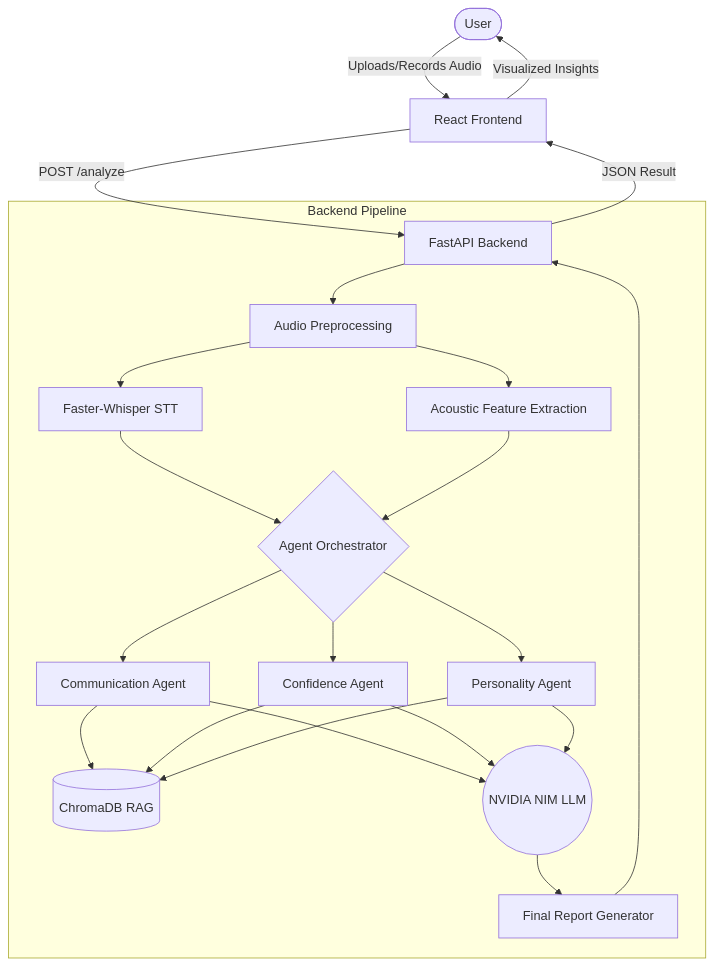
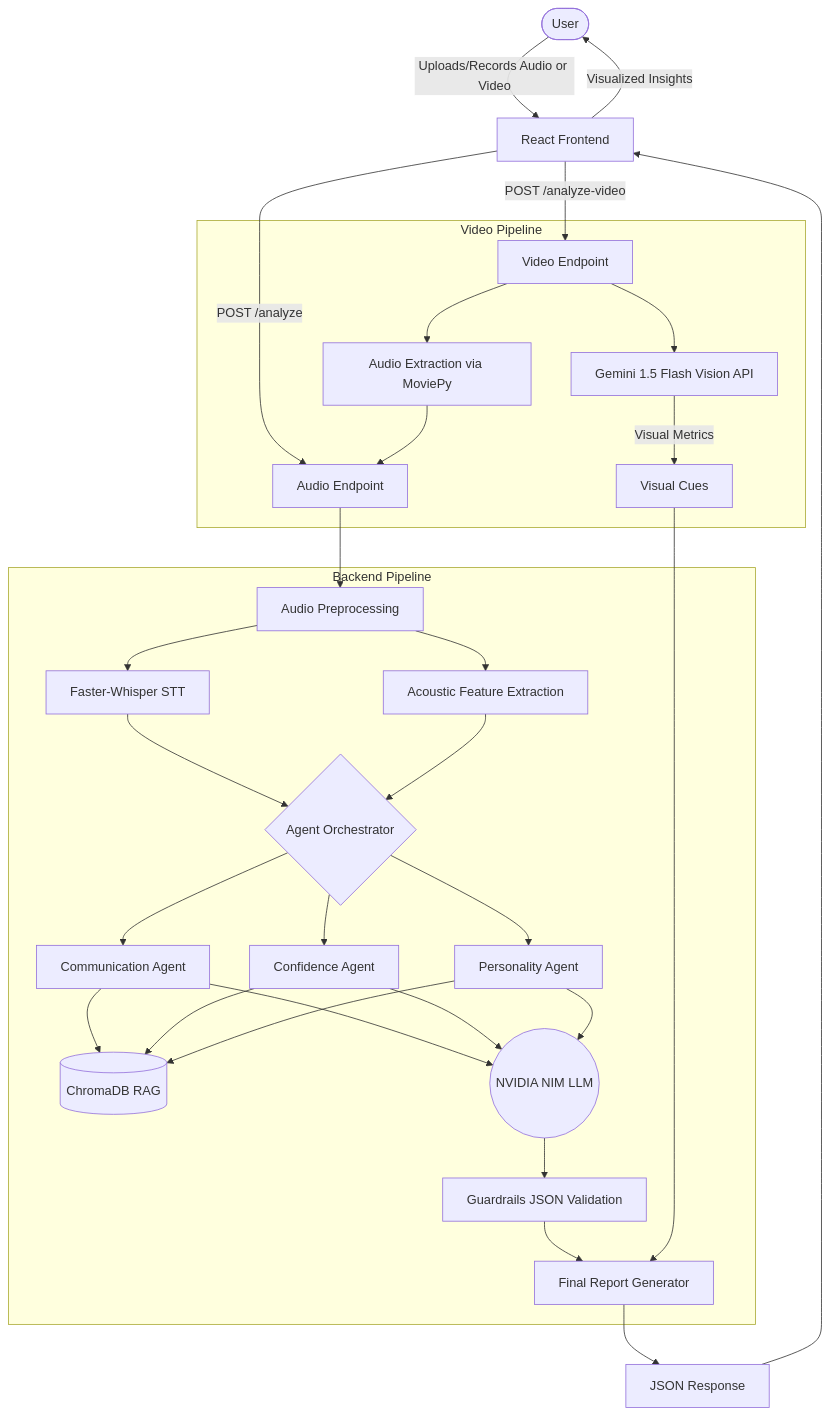
Before and after one commit to GSMPRANEETH/TEAM-5: the diagram in README.md, drawn with Mermaid. The commit also changed other lines of this file and 4 other files, not shown here.

````diff
--- a/README.md
+++ b/README.md
@@ -53,31 +59,41 @@
 ```mermaid
 graph TD
-    User([User]) -->|Uploads/Records Audio| Frontend
-    Frontend[React Frontend] -->|POST /analyze| API[FastAPI Backend]
+    User([User]) -->|Uploads/Records Audio or Video| Frontend
+    Frontend[React Frontend] -->|POST /analyze| API_Audio[Audio Endpoint]
+    Frontend -->|POST /analyze-video| API_Video[Video Endpoint]
+
+    subgraph Video Pipeline
+        API_Video --> Gemini[Gemini 1.5 Flash Vision API]
+        Gemini -->|Visual Metrics| VisualOut[Visual Cues]
+        API_Video --> Ext[Audio Extraction via MoviePy]
+        Ext --> API_Audio
+    end
 
     subgraph Backend Pipeline
-        API --> Preprocessor[Audio Preprocessing]
+        API_Audio --> Preprocessor[Audio Preprocessing]
         Preprocessor --> STT[Faster-Whisper STT]
         Preprocessor --> AudioFeat[Acoustic Feature Extraction]
         STT --> AgentOrch{Agent Orchestrator}
         AudioFeat --> AgentOrch
 
         AgentOrch --> CommAgent[Communication Agent]
         AgentOrch --> ConfAgent[Confidence Agent]
         AgentOrch --> PersAgent[Personality Agent]
 
         CommAgent --> RAG[(ChromaDB RAG)]
         ConfAgent --> RAG
         PersAgent --> RAG
 
         CommAgent --> NvidiaLLM((NVIDIA NIM LLM))
         ConfAgent --> NvidiaLLM
         PersAgent --> NvidiaLLM
 
-        NvidiaLLM --> ReportGen[Final Report Generator]
+        NvidiaLLM --> Guardrails[Guardrails JSON Validation]
+        Guardrails --> ReportGen[Final Report Generator]
     end
 
-    ReportGen --> API
-    API -->|JSON Result| Frontend
+    VisualOut --> ReportGen
+    ReportGen --> API_Response[JSON Response]
+    API_Response --> Frontend
     Frontend -->|Visualized Insights| User
 ```
````
